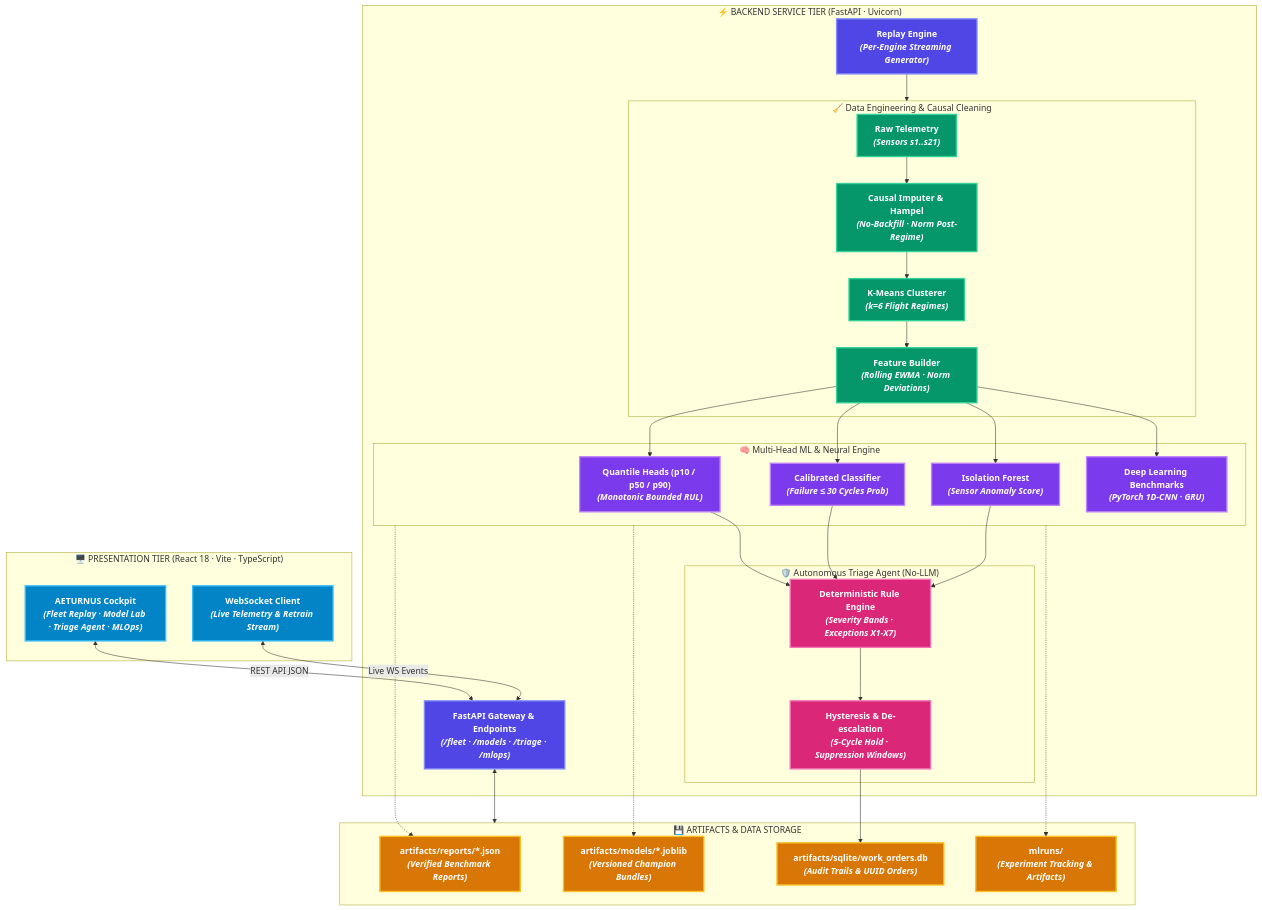
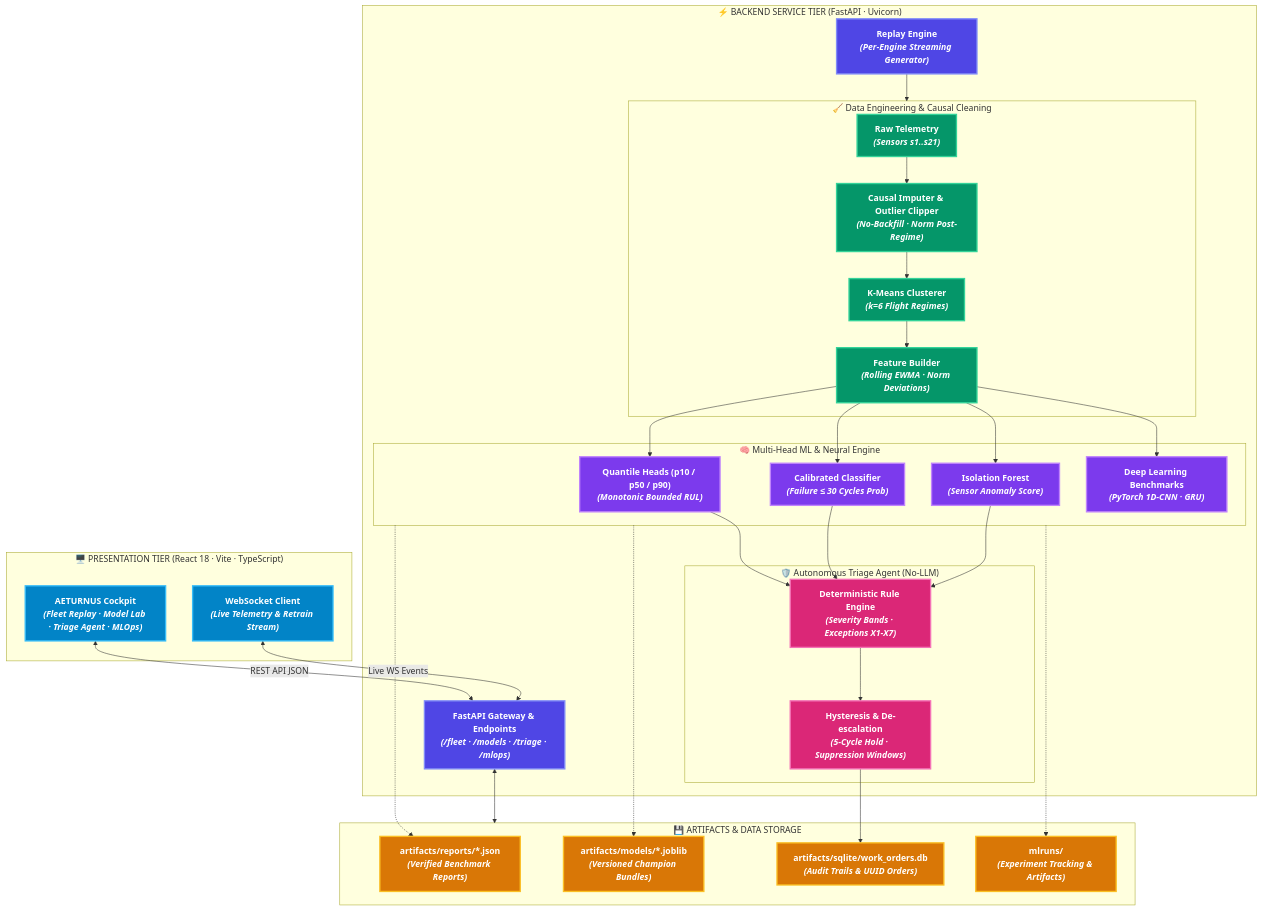
Before and after one commit to 8ernity/AETURNUS: the first of 5 diagrams in README.md, drawn with Mermaid. The commit also changed other lines of this file and 48 other files, not shown here.

````diff
--- a/README.md
+++ b/README.md
@@ -85,57 +85,57 @@
 ```mermaid
 flowchart TB
     %% Vibrant High-Contrast Style Definitions
     classDef clientStyle fill:#0284C7,stroke:#38BDF8,stroke-width:2.5px,color:#FFFFFF,font-weight:bold
     classDef apiStyle fill:#4F46E5,stroke:#818CF8,stroke-width:2.5px,color:#FFFFFF,font-weight:bold
     classDef cleanStyle fill:#059669,stroke:#34D399,stroke-width:2.5px,color:#FFFFFF,font-weight:bold
     classDef mlStyle fill:#7C3AED,stroke:#C084FC,stroke-width:2.5px,color:#FFFFFF,font-weight:bold
     classDef agentStyle fill:#DB2777,stroke:#F472B6,stroke-width:2.5px,color:#FFFFFF,font-weight:bold
     classDef storageStyle fill:#D97706,stroke:#FBBF24,stroke-width:2.5px,color:#FFFFFF,font-weight:bold
 
     subgraph ClientLayer["🖥️ PRESENTATION TIER (React 18 · Vite · TypeScript)"]
         Dashboard["AETURNUS Cockpit<br/><i>(Fleet Replay · Model Lab · Triage Agent · MLOps)</i>"]:::clientStyle
         WebSocketClient["WebSocket Client<br/><i>(Live Telemetry & Retrain Stream)</i>"]:::clientStyle
     end
 
     Dashboard <-->|"REST API JSON"| FastAPIGateway
     WebSocketClient <-->|"Live WS Events"| FastAPIGateway
 
     subgraph BackendLayer["⚡ BACKEND SERVICE TIER (FastAPI · Uvicorn)"]
         FastAPIGateway["FastAPI Gateway & Endpoints<br/><i>(/fleet · /models · /triage · /mlops)</i>"]:::apiStyle
         ReplayEngine["Replay Engine<br/><i>(Per-Engine Streaming Generator)</i>"]:::apiStyle
 
         subgraph IngestionPipe["🧹 Data Engineering & Causal Cleaning"]
             RawData["Raw Telemetry<br/><i>(Sensors s1..s21)</i>"]:::cleanStyle
-            CausalCleaner["Causal Imputer & Hampel<br/><i>(No-Backfill · Norm Post-Regime)</i>"]:::cleanStyle
+            CausalCleaner["Causal Imputer & Outlier Clipper<br/><i>(No-Backfill · Norm Post-Regime)</i>"]:::cleanStyle
             RegimeClustering["K-Means Clusterer<br/><i>(k=6 Flight Regimes)</i>"]:::cleanStyle
             FeatureEngineering["Feature Builder<br/><i>(Rolling EWMA · Norm Deviations)</i>"]:::cleanStyle
         end
 
         subgraph MLEngine["🧠 Multi-Head ML & Neural Engine"]
             QuantileRUL["Quantile Heads (p10 / p50 / p90)<br/><i>(Monotonic Bounded RUL)</i>"]:::mlStyle
             FailClassifier["Calibrated Classifier<br/><i>(Failure &le; 30 Cycles Prob)</i>"]:::mlStyle
             AnomalyDetector["Isolation Forest<br/><i>(Sensor Anomaly Score)</i>"]:::mlStyle
             DeepBaselines["Deep Learning Benchmarks<br/><i>(PyTorch 1D-CNN · GRU)</i>"]:::mlStyle
         end
 
         subgraph TriageEngine["🛡️ Autonomous Triage Agent (No-LLM)"]
             RuleEngine["Deterministic Rule Engine<br/><i>(Severity Bands · Exceptions X1-X7)</i>"]:::agentStyle
             HysteresisManager["Hysteresis & De-escalation<br/><i>(5-Cycle Hold · Suppression Windows)</i>"]:::agentStyle
         end
     end
 
     subgraph StorageLayer["💾 ARTIFACTS & DATA STORAGE"]
         DiskReports["artifacts/reports/*.json<br/><i>(Verified Benchmark Reports)</i>"]:::storageStyle
         ModelBundles["artifacts/models/*.joblib<br/><i>(Versioned Champion Bundles)</i>"]:::storageStyle
         WorkOrderDB["artifacts/sqlite/work_orders.db<br/><i>(Audit Trails & UUID Orders)</i>"]:::storageStyle
         MLflowStore["mlruns/<br/><i>(Experiment Tracking & Artifacts)</i>"]:::storageStyle
     end
 
     RawData --> CausalCleaner --> RegimeClustering --> FeatureEngineering
     FeatureEngineering --> QuantileRUL & FailClassifier & AnomalyDetector & DeepBaselines
     QuantileRUL & FailClassifier & AnomalyDetector --> RuleEngine --> HysteresisManager
     HysteresisManager --> WorkOrderDB
     MLEngine -.-> DiskReports & ModelBundles & MLflowStore
     FastAPIGateway <--> StorageLayer
     ReplayEngine --> IngestionPipe
 ```
````
